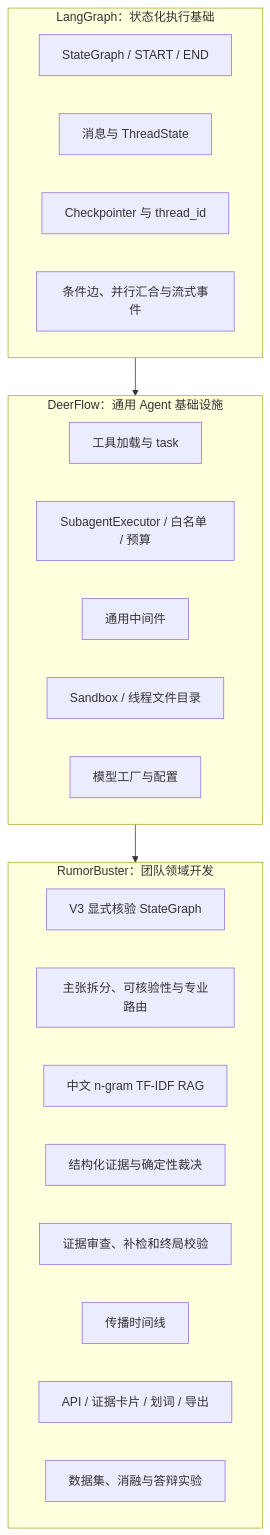
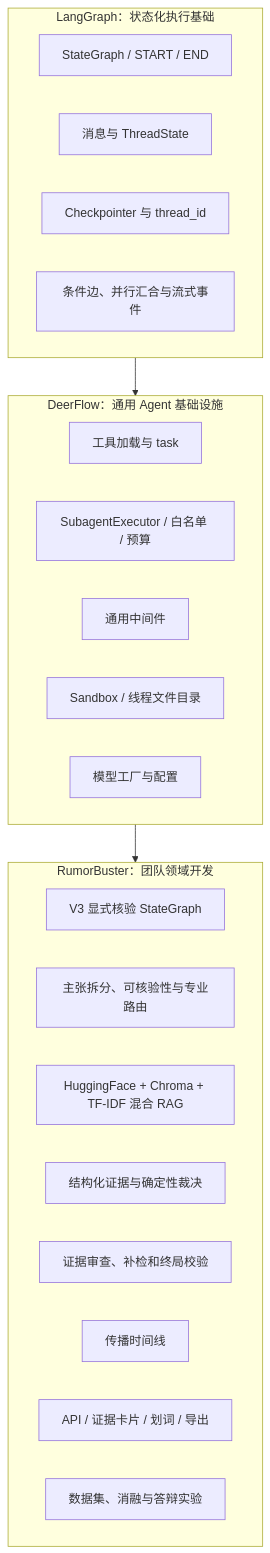
Before and after one commit to zjs-ws/rumor-detector-demo: the first of 2 diagrams in docs/ARCHITECTURE_OWNERSHIP.md, drawn with Mermaid. The commit also changed other lines of this file and 46 other files, not shown here.

First line of the commit message:
feat: add hybrid RAG retrieval, deterministic timeline research, and real-case evaluation

````diff
--- a/docs/ARCHITECTURE_OWNERSHIP.md
+++ b/docs/ARCHITECTURE_OWNERSHIP.md
@@ -9,27 +9,27 @@
 ```mermaid
 flowchart TB
   subgraph L1["LangGraph：状态化执行基础"]
     SG["StateGraph / START / END"]
     S["消息与 ThreadState"]
     C["Checkpointer 与 thread_id"]
     E["条件边、并行汇合与流式事件"]
   end
   subgraph L2["DeerFlow：通用 Agent 基础设施"]
     T["工具加载与 task"]
     SA["SubagentExecutor / 白名单 / 预算"]
     MW["通用中间件"]
     SB["Sandbox / 线程文件目录"]
     MF["模型工厂与配置"]
   end
   subgraph L3["RumorBuster：团队领域开发"]
     WF["V3 显式核验 StateGraph"]
     CR["主张拆分、可核验性与专业路由"]
-    R["中文 n-gram TF-IDF RAG"]
+    R["HuggingFace + Chroma + TF-IDF 混合 RAG"]
     EV["结构化证据与确定性裁决"]
     RV["证据审查、补检和终局校验"]
     TL["传播时间线"]
     UI["API / 证据卡片 / 划词 / 导出"]
     QA["数据集、消融与答辩实验"]
   end
   L1 --> L2 --> L3
 ```
````
